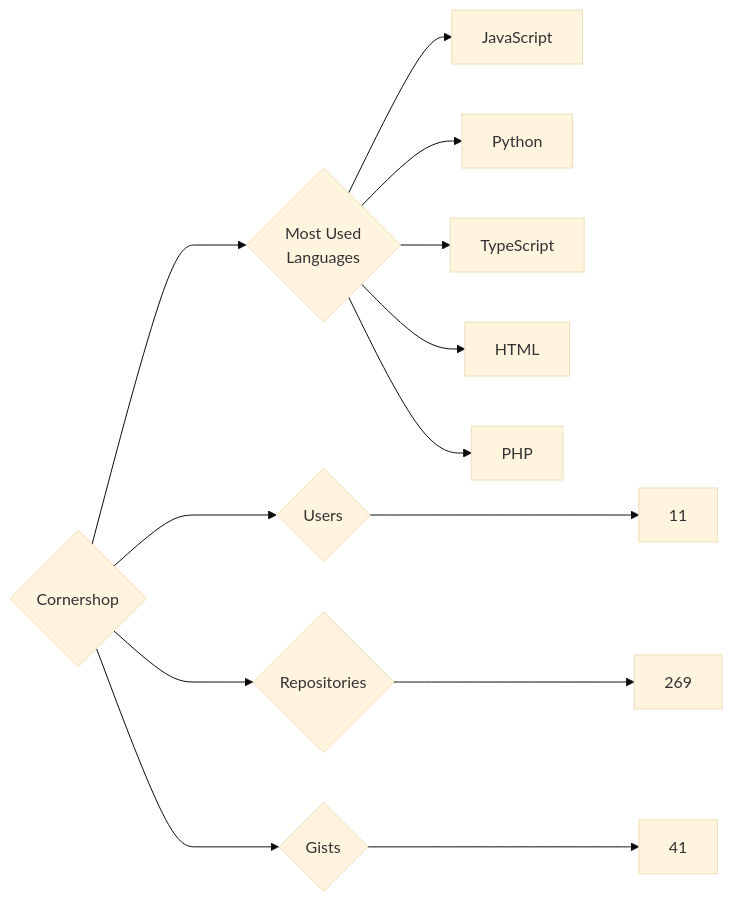
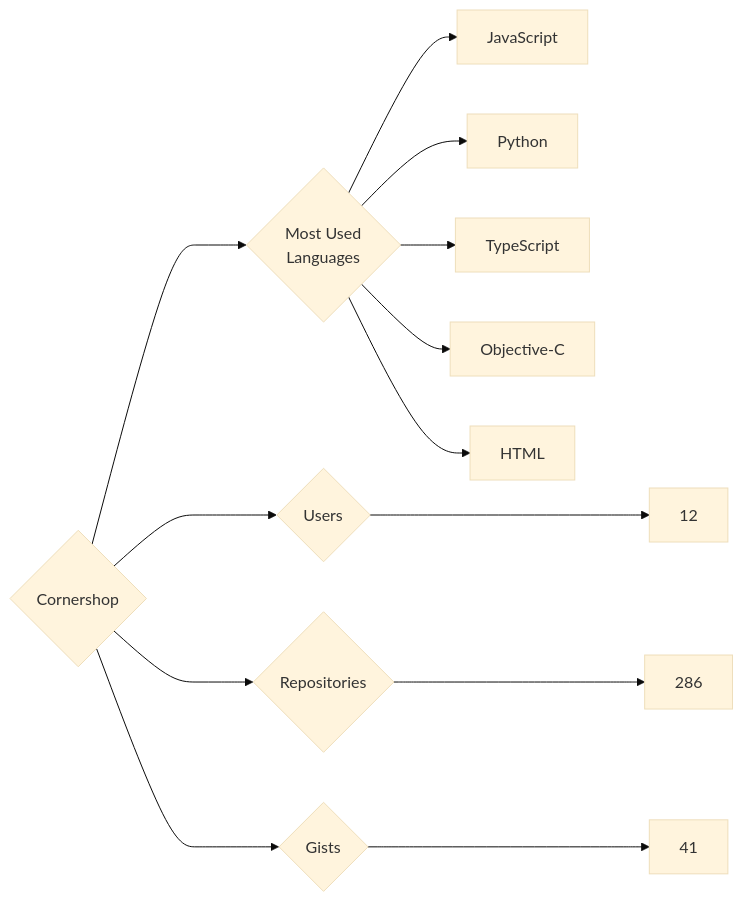
The diagram in targets/Cornershop/README.md (trickest/insiders), drawn with Mermaid (base theme) before and after one commit. The commit also changed 715 other files, not shown here.

````diff
--- a/targets/Cornershop/README.md
+++ b/targets/Cornershop/README.md
@@ -3,13 +3,13 @@
 ```mermaid
 graph LR
 COMPANY_NAME{Cornershop}
-COMPANY_NAME ---> U{Users} ---> UN[11]
-COMPANY_NAME ---> R{Repositories} ---> RN[269]
+COMPANY_NAME ---> U{Users} ---> UN[12]
+COMPANY_NAME ---> R{Repositories} ---> RN[286]
 COMPANY_NAME ---> G{Gists} ---> GN[41]
 COMPANY_NAME ---> ML{Most Used<br>Languages}
 ML --> JavaScript[JavaScript]
 ML --> Python[Python]
 ML --> TypeScript[TypeScript]
+ML --> Objective-C[Objective-C]
 ML --> HTML[HTML]
-ML --> PHP[PHP]
 ```
````
